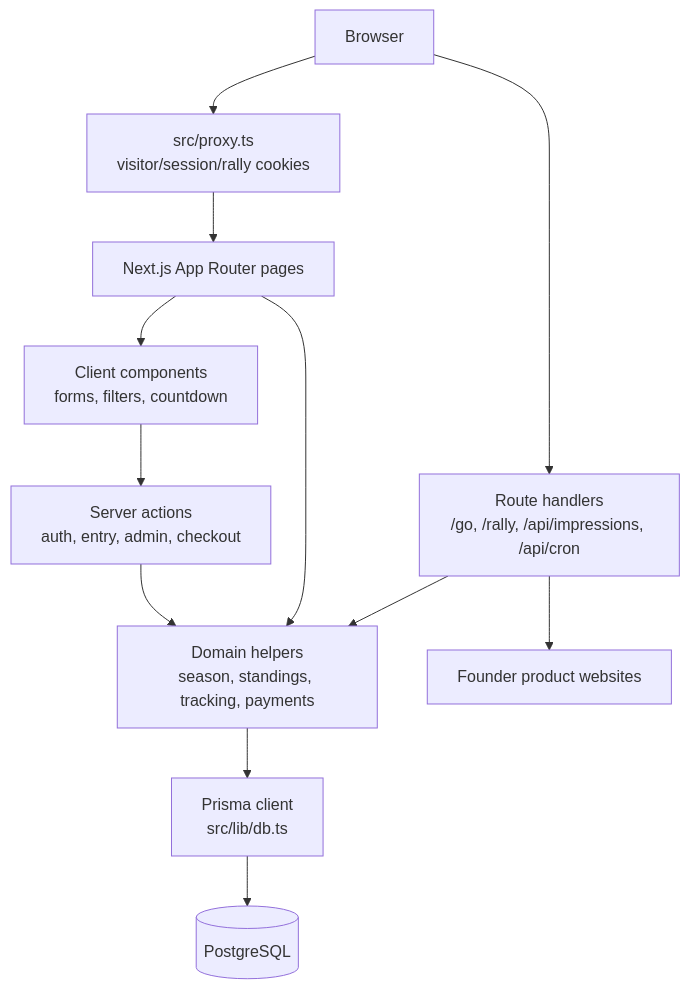
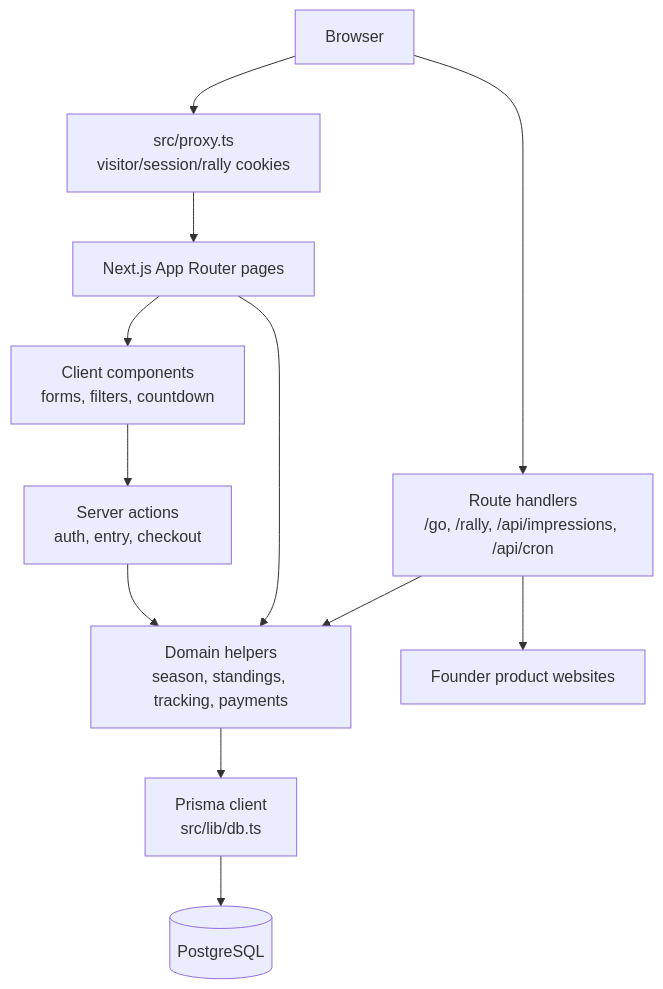
Before and after one commit to Rounit002/surviver: the first of 4 diagrams in architecture.md, drawn with Mermaid. The commit also changed other lines of this file and 63 other files, not shown here.

````diff
--- a/architecture.md
+++ b/architecture.md
@@ -9,25 +9,25 @@
 ```mermaid
 flowchart TD
     Browser[Browser]
     Proxy[src/proxy.ts\nvisitor/session/rally cookies]
     Pages[Next.js App Router pages]
     Client[Client components\nforms, filters, countdown]
-    Actions[Server actions\nauth, entry, admin, checkout]
+    Actions[Server actions\nauth, entry, checkout]
     Redirects[Route handlers\n/go, /rally, /api/impressions, /api/cron]
     Domain[Domain helpers\nseason, standings, tracking, payments]
     Prisma[Prisma client\nsrc/lib/db.ts]
     DB[(PostgreSQL)]
     External[Founder product websites]
 
     Browser --> Proxy
     Proxy --> Pages
     Pages --> Client
     Client --> Actions
     Pages --> Domain
     Browser --> Redirects
     Redirects --> Domain
     Actions --> Domain
     Domain --> Prisma
     Prisma --> DB
     Redirects --> External
 ```
````
